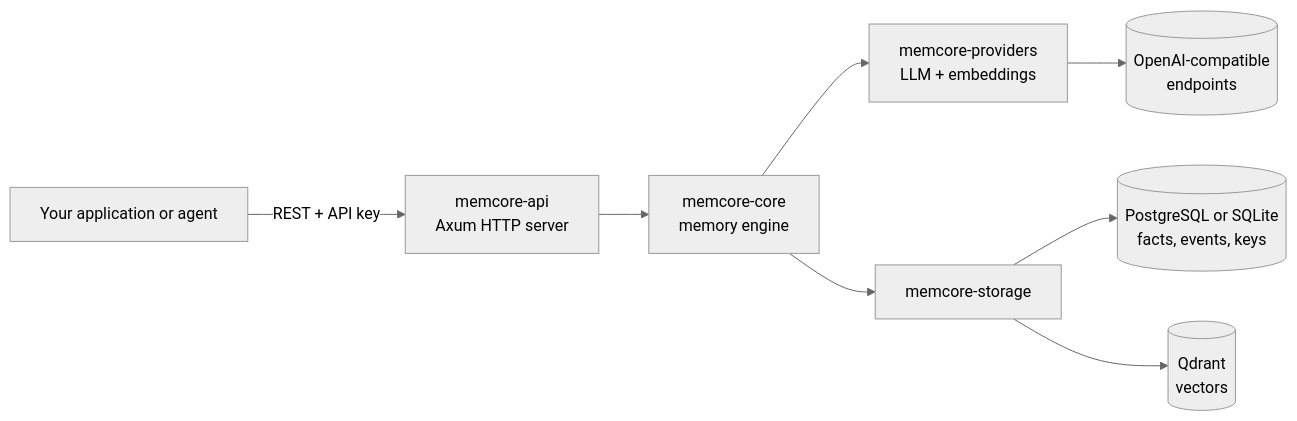
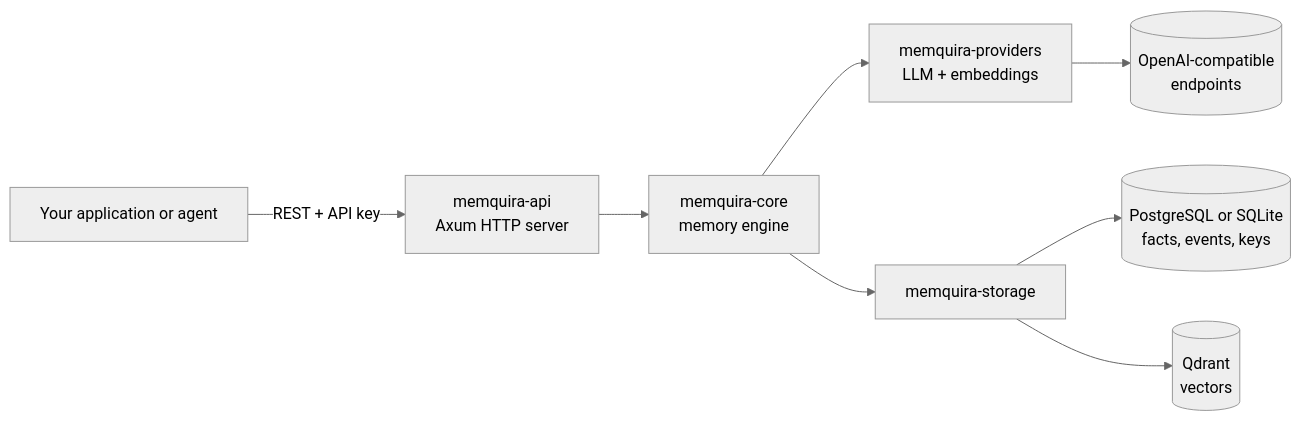
The diagram in README.md (Memquira/memquira), drawn with Mermaid (neutral theme) before and after one commit. The commit also changed other lines of this file and 1040 other files, not shown here.

````diff
--- a/README.md
+++ b/README.md
@@ -43,10 +43,10 @@
 ```mermaid
 flowchart LR
-    App[Your application or agent] -- REST + API key --> API[memcore-api<br/>Axum HTTP server]
-    API --> Core[memcore-core<br/>memory engine]
-    Core --> Providers[memcore-providers<br/>LLM + embeddings]
-    Core --> Storage[memcore-storage]
+    App[Your application or agent] -- REST + API key --> API[memquira-api<br/>Axum HTTP server]
+    API --> Core[memquira-core<br/>memory engine]
+    Core --> Providers[memquira-providers<br/>LLM + embeddings]
+    Core --> Storage[memquira-storage]
     Providers --> LLM[(OpenAI-compatible<br/>endpoints)]
     Storage --> PG[(PostgreSQL or SQLite<br/>facts, events, keys)]
     Storage --> QD[(Qdrant<br/>vectors)]
 ```
````
